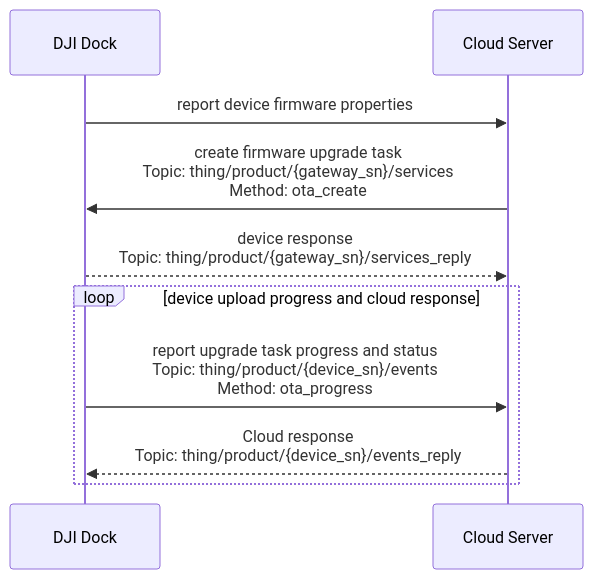
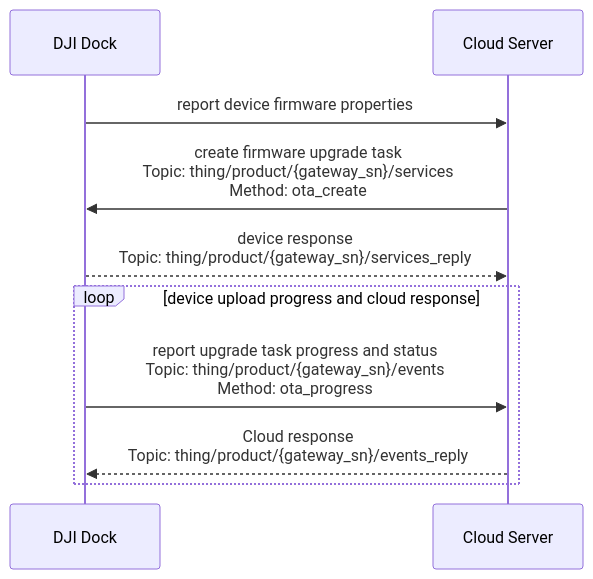
Before and after one commit to dji-sdk/Cloud-API-Doc: the diagram in docs/en/30.feature-set/20.dock-feature-set/80.firmware-upgrade.md, drawn with Mermaid. The commit also changed other lines of this file and 152 other files, not shown here.

`````diff
--- a/docs/en/30.feature-set/20.dock-feature-set/80.firmware-upgrade.md
+++ b/docs/en/30.feature-set/20.dock-feature-set/80.firmware-upgrade.md
@@ -15,18 +15,18 @@
 ````mermaid
 sequenceDiagram
 
 participant client as DJI Dock
 participant app_server as Cloud Server
 
 client ->> app_server : report device firmware properties
 
 app_server ->> client : create firmware upgrade task<br/>Topic: thing/product/{gateway_sn}/services<br/>Method: ota_create
 client -->> app_server : device response<br/>Topic: thing/product/{gateway_sn}/services_reply
 
 loop device upload progress and cloud response
 
-client ->> app_server : report upgrade task progress and status<br/>Topic: thing/product/{device_sn}/events<br/>Method: ota_progress
-app_server -->> client : Cloud response<br/>Topic: thing/product/{device_sn}/events_reply
+client ->> app_server : report upgrade task progress and status<br/>Topic: thing/product/{gateway_sn}/events<br/>Method: ota_progress
+app_server -->> client : Cloud response<br/>Topic: thing/product/{gateway_sn}/events_reply
 
 end
 ````
`````
